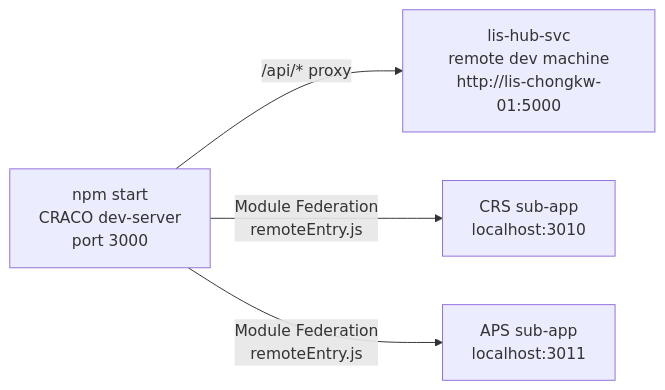
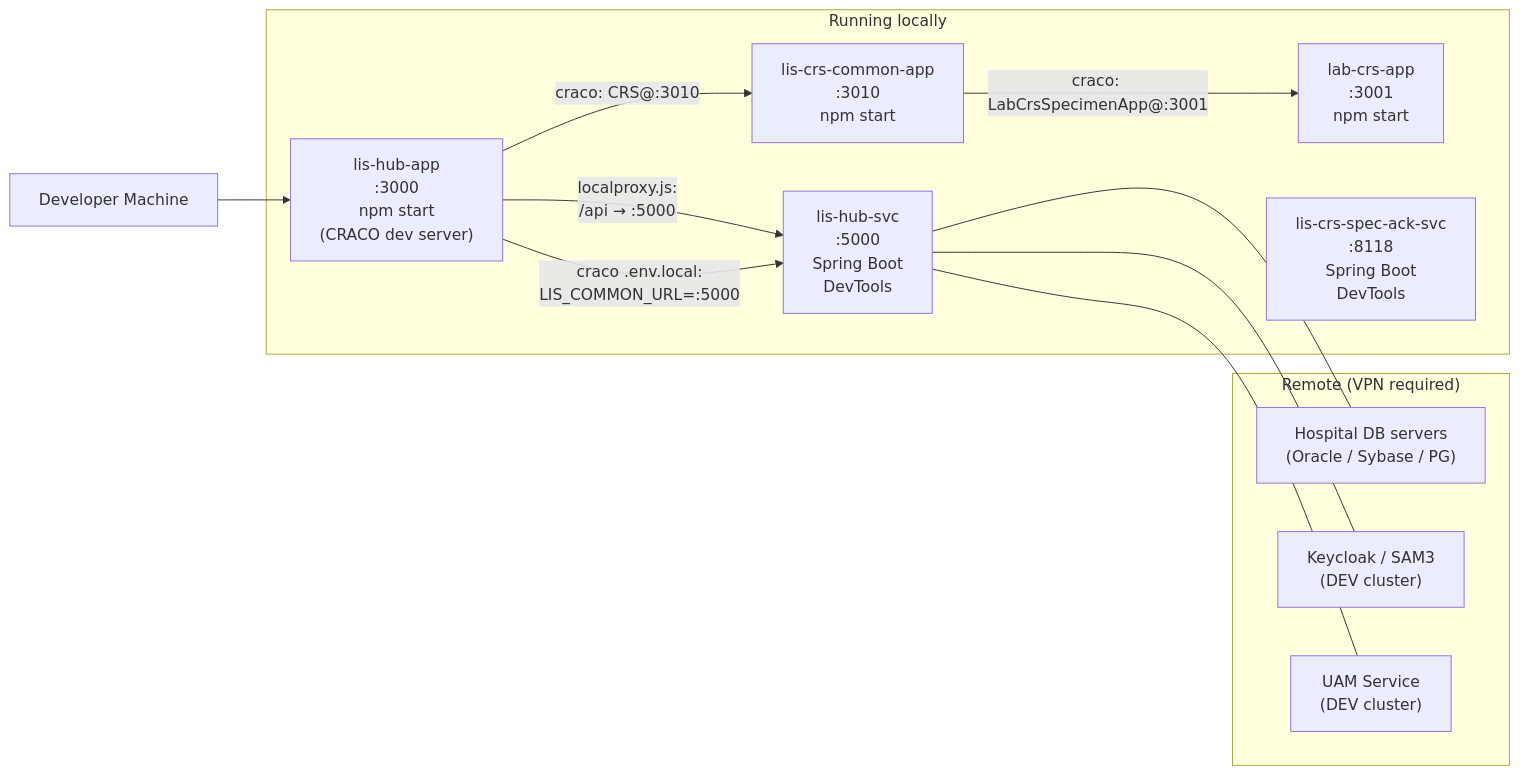
Before and after one commit to DragonChong/HA-Notes: the eighth of 8 diagrams in LIS/ECP/Micro-Frontend-Backend Architecture/04 - Infrastructure and Deployment.md, drawn with Mermaid. The commit also changed other lines of this file and 2 other files, not shown here.

````diff
--- a/LIS/ECP/Micro-Frontend-Backend Architecture/04 - Infrastructure and Deployment.md
+++ b/LIS/ECP/Micro-Frontend-Backend Architecture/04 - Infrastructure and Deployment.md
@@ -192,6 +318,27 @@
 ```mermaid
-flowchart LR
-    Dev["npm start\nCRACO dev-server\nport 3000"] -->|"/api/* proxy"| BE["lis-hub-svc\nremote dev machine\nhttp://lis-chongkw-01:5000"]
-    Dev -->|"Module Federation\nremoteEntry.js"| CRS["CRS sub-app\nlocalhost:3010"]
-    Dev -->|"Module Federation\nremoteEntry.js"| APS["APS sub-app\nlocalhost:3011"]
+graph LR
+    Dev["Developer Machine"]
+
+    subgraph "Running locally"
+        Hub["lis-hub-app\n:3000\nnpm start\n(CRACO dev server)"]
+        CRS["lis-crs-common-app\n:3010\nnpm start"]
+        LAB["lab-crs-app\n:3001\nnpm start"]
+        HubSvc["lis-hub-svc\n:5000\nSpring Boot\nDevTools"]
+        SpecAck["lis-crs-spec-ack-svc\n:8118\nSpring Boot\nDevTools"]
+    end
+
+    subgraph "Remote (VPN required)"
+        REMDB["Hospital DB servers\n(Oracle / Sybase / PG)"]
+        REMKC["Keycloak / SAM3\n(DEV cluster)"]
+        REMUAM["UAM Service\n(DEV cluster)"]
+    end
+
+    Dev --> Hub
+    Hub -->|"localproxy.js:\n/api → :5000"| HubSvc
+    Hub -->|"craco .env.local:\nLIS_COMMON_URL=:5000"| HubSvc
+    Hub -->|"craco: CRS@:3010"| CRS
+    CRS -->|"craco: LabCrsSpecimenApp@:3001"| LAB
+    HubSvc --- REMDB
+    HubSvc --- REMKC
+    HubSvc --- REMUAM
 ```
````
